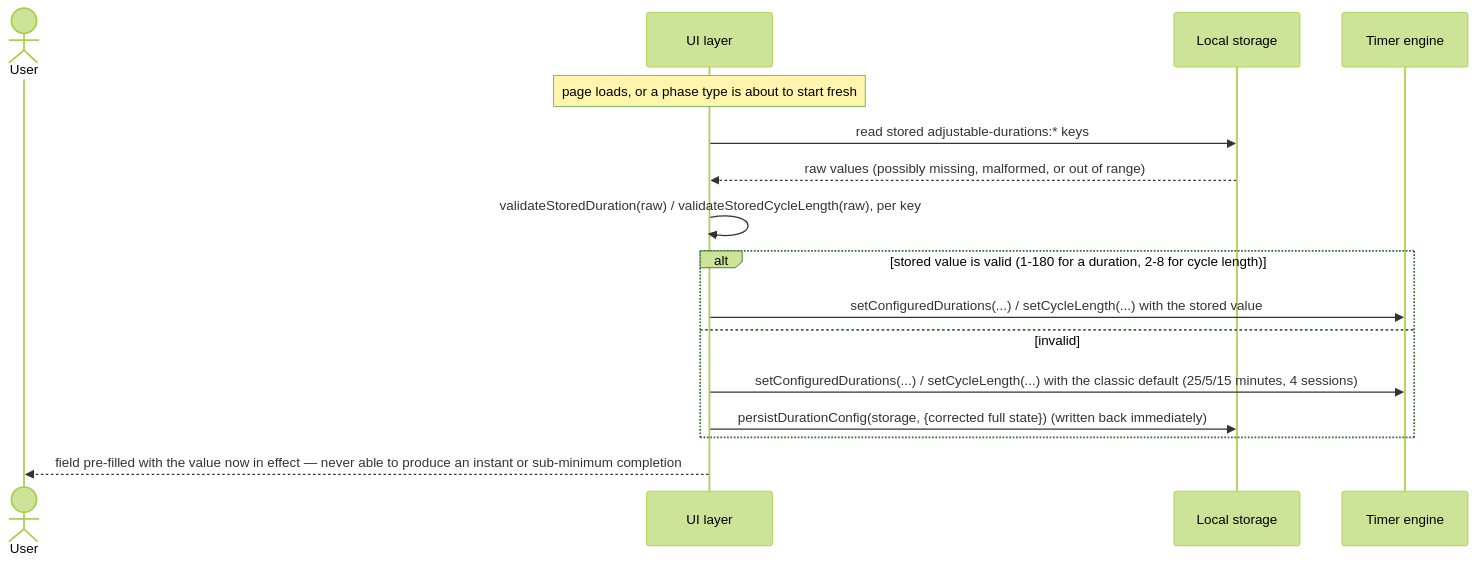
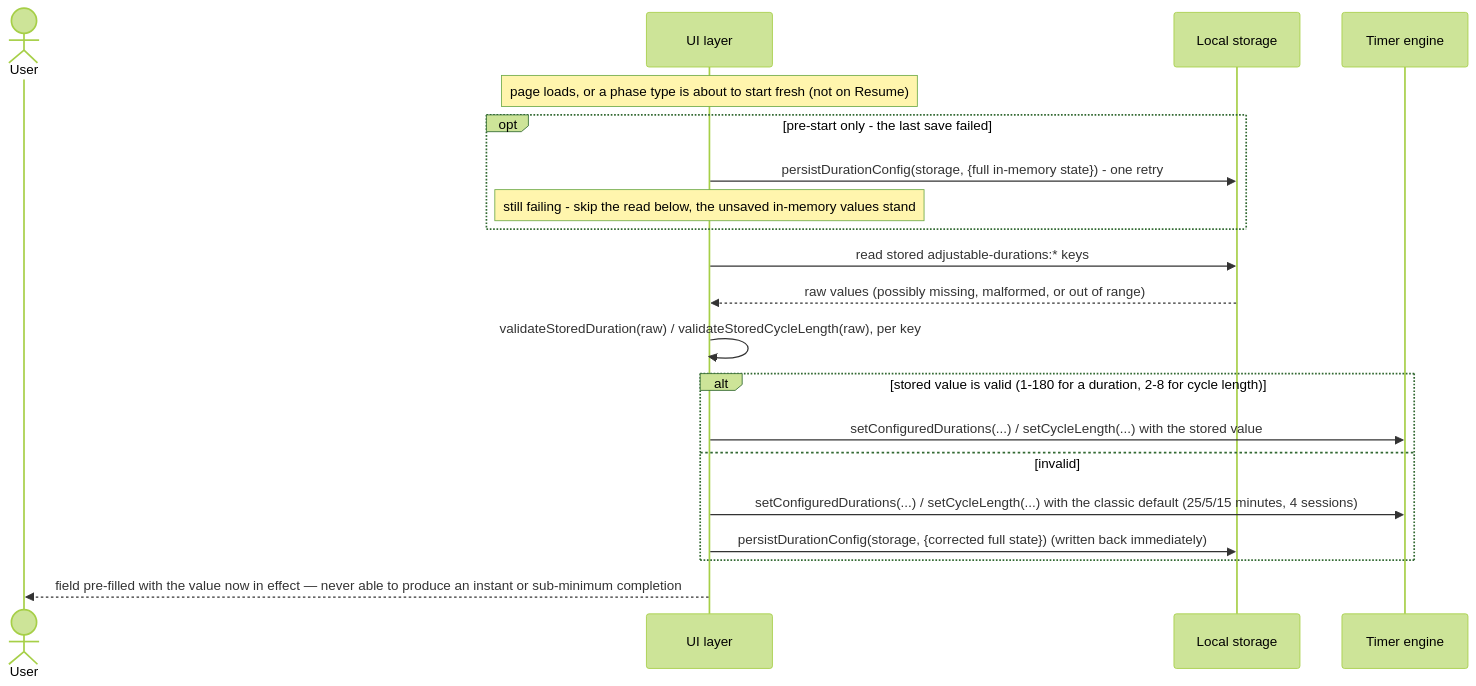
Before and after one commit to skush/pomodoro: the fifth of 7 diagrams in docs/features/adjustable-durations/sad.md, drawn with Mermaid (forest theme). The commit also changed other lines of this file and 5 other files, not shown here.

First line of the commit message:
fix(adjustable-durations): re-review fixes — retry a failed save on fresh Start, tighter guards

````diff
--- a/docs/features/adjustable-durations/sad.md
+++ b/docs/features/adjustable-durations/sad.md
@@ -325,19 +331,23 @@
 ```mermaid
 sequenceDiagram
     actor User
     participant UI as UI layer
     participant Storage as Local storage
     participant Engine as Timer engine
 
-    Note over UI: page loads, or a phase type is about to start fresh
+    Note over UI: page loads, or a phase type is about to start fresh (not on Resume)
+    opt pre-start only - the last save failed
+        UI->>Storage: persistDurationConfig(storage, {full in-memory state}) - one retry
+        Note over UI: still failing - skip the read below, the unsaved in-memory values stand
+    end
     UI->>Storage: read stored adjustable-durations:* keys
     Storage-->>UI: raw values (possibly missing, malformed, or out of range)
     UI->>UI: validateStoredDuration(raw) / validateStoredCycleLength(raw), per key
     alt stored value is valid (1-180 for a duration, 2-8 for cycle length)
         UI->>Engine: setConfiguredDurations(...) / setCycleLength(...) with the stored value
     else invalid
         UI->>Engine: setConfiguredDurations(...) / setCycleLength(...) with the classic default (25/5/15 minutes, 4 sessions)
         UI->>Storage: persistDurationConfig(storage, {corrected full state}) (written back immediately)
     end
     UI-->>User: field pre-filled with the value now in effect — never able to produce an instant or sub-minimum completion
 ```
````
